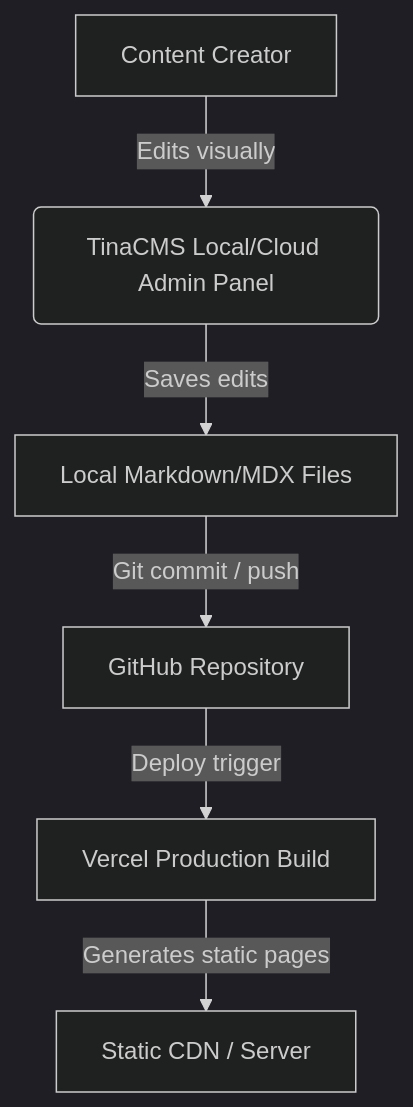
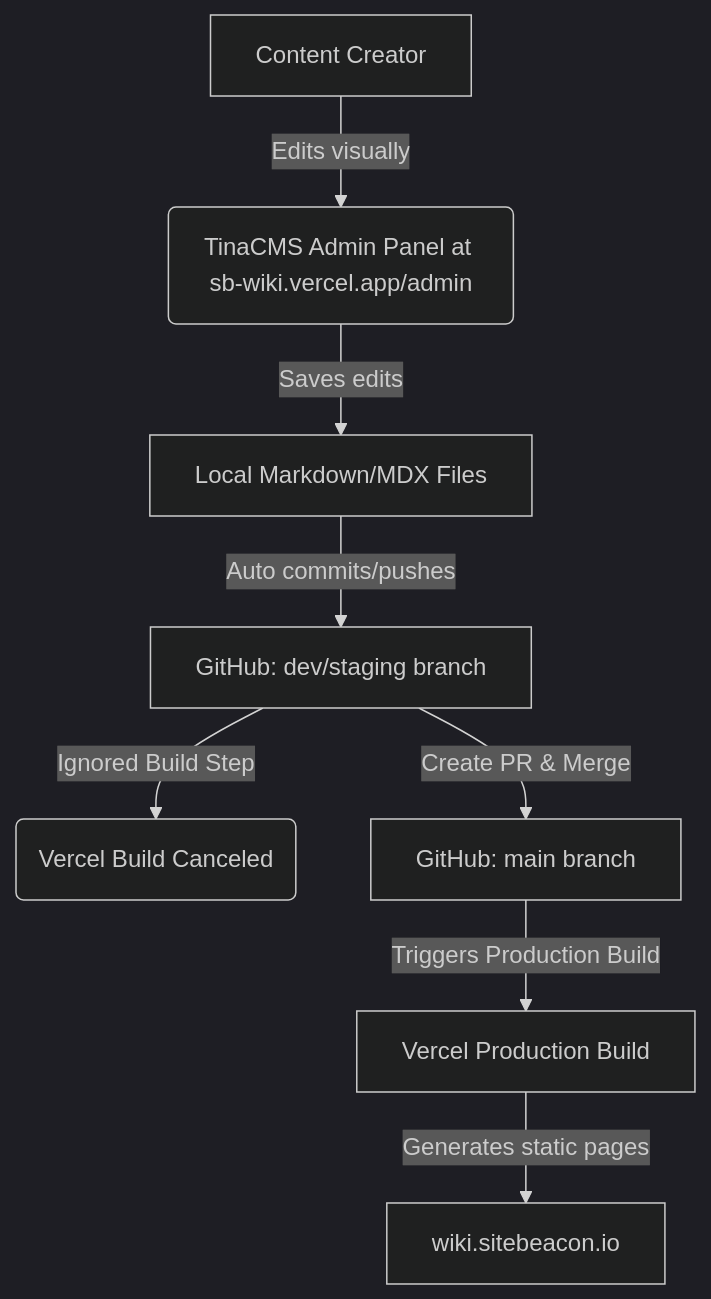
Before and after one commit to Robin-LH/sb-knowledge-hub: the diagram in implementation-plan.md, drawn with Mermaid (dark theme).

Commit message:
implementation plan doc updated

````diff
--- a/implementation-plan.md
+++ b/implementation-plan.md
@@ -11,8 +11,10 @@
 ```mermaid
 graph TD
-    A[Content Creator] -->|Edits visually| B(TinaCMS Local/Cloud Admin Panel)
+    A[Content Creator] -->|Edits visually| B(TinaCMS Admin Panel at sb-wiki.vercel.app/admin)
     B -->|Saves edits| C[Local Markdown/MDX Files]
-    C -->|Git commit / push| D[GitHub Repository]
-    D -->|Deploy trigger| E[Vercel Production Build]
-    E -->|Generates static pages| F[Static CDN / Server]
+    C -->|Auto commits/pushes| D[GitHub: dev/staging branch]
+    D -->|Ignored Build Step| E(Vercel Build Canceled)
+    D -->|Create PR & Merge| F[GitHub: main branch]
+    F -->|Triggers Production Build| G[Vercel Production Build]
+    G -->|Generates static pages| H[wiki.sitebeacon.io]
 ```
````
